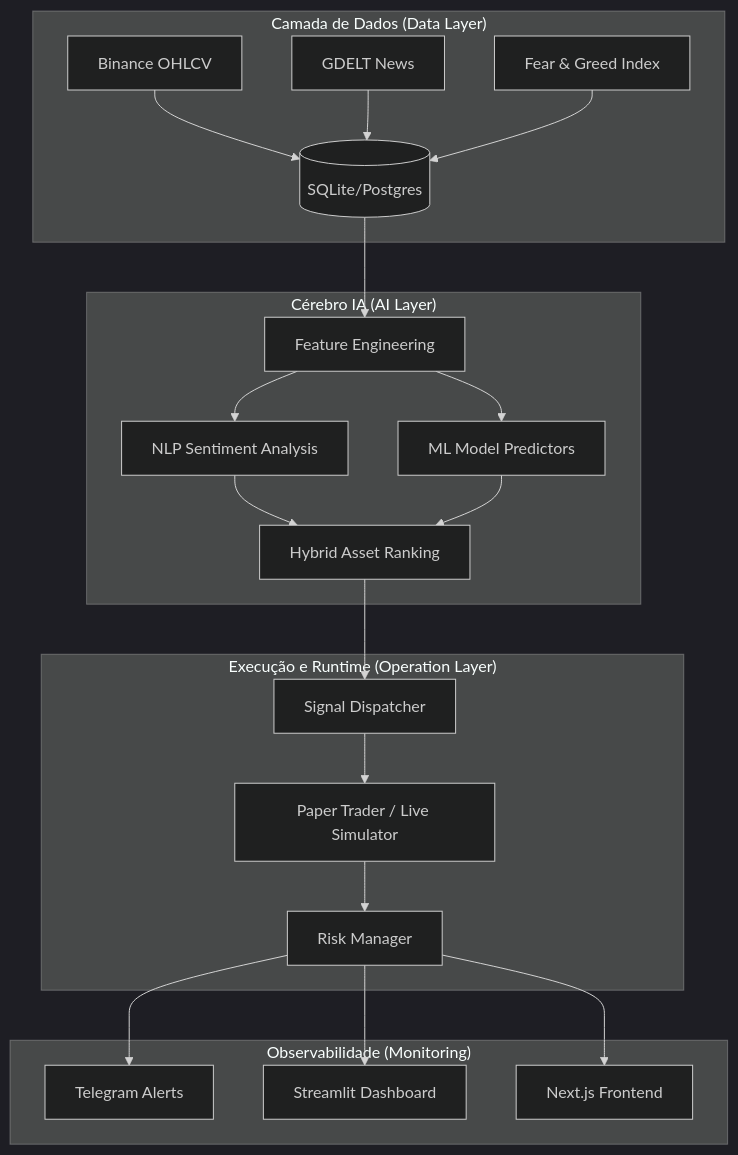
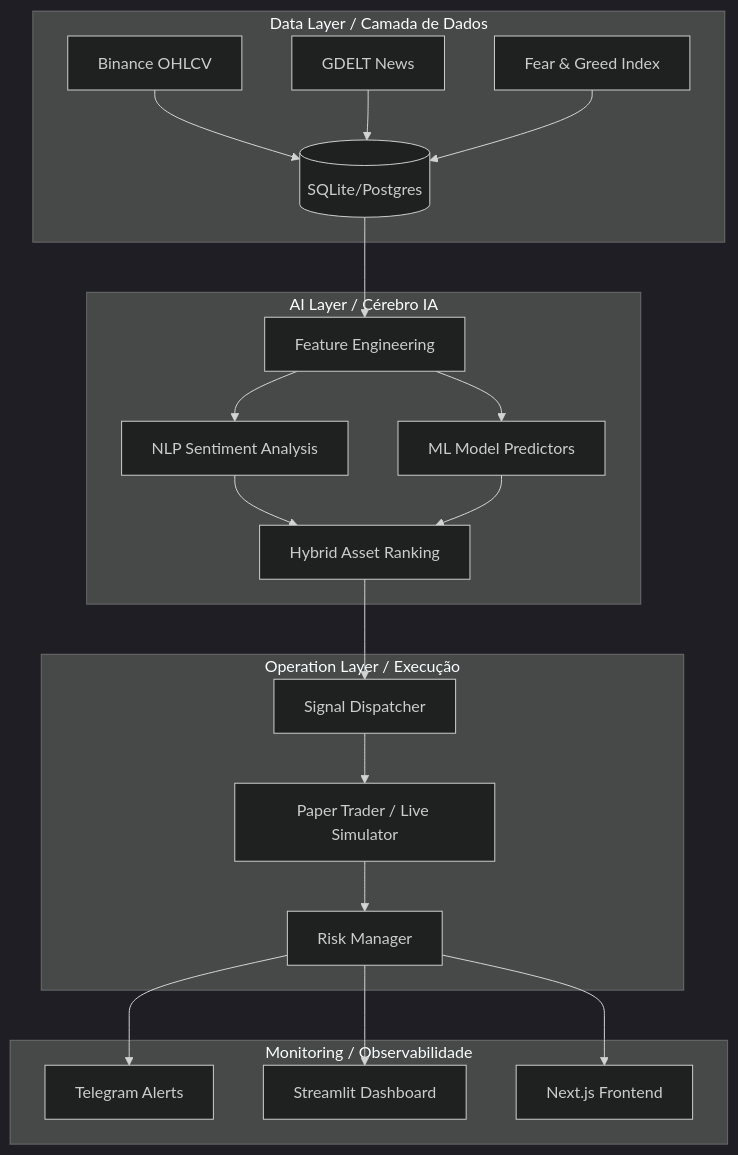
One commit to OtavioHG/alphascope changed the diagram in README.md. Above: the diagram before and after it, drawn with Mermaid (dark theme). The commit also changed other lines of this file, not shown here.

````diff
--- a/README.md
+++ b/README.md
@@ -23,27 +41,27 @@
 ```mermaid
 graph TD
-    subgraph "Camada de Dados (Data Layer)"
+    subgraph "Data Layer / Camada de Dados"
         A1[Binance OHLCV] --> B[(SQLite/Postgres)]
         A2[GDELT News] --> B
         A3[Fear & Greed Index] --> B
     end
 
-    subgraph "Cérebro IA (AI Layer)"
+    subgraph "AI Layer / Cérebro IA"
         B --> C[Feature Engineering]
         C --> D[NLP Sentiment Analysis]
         C --> E[ML Model Predictors]
         D & E --> F[Hybrid Asset Ranking]
     end
 
-    subgraph "Execução e Runtime (Operation Layer)"
+    subgraph "Operation Layer / Execução"
         F --> G[Signal Dispatcher]
         G --> H[Paper Trader / Live Simulator]
         H --> I[Risk Manager]
     end
 
-    subgraph "Observabilidade (Monitoring)"
+    subgraph "Monitoring / Observabilidade"
         I --> J[Telegram Alerts]
         I --> K[Streamlit Dashboard]
         I --> L[Next.js Frontend]
     end
 ```
````
